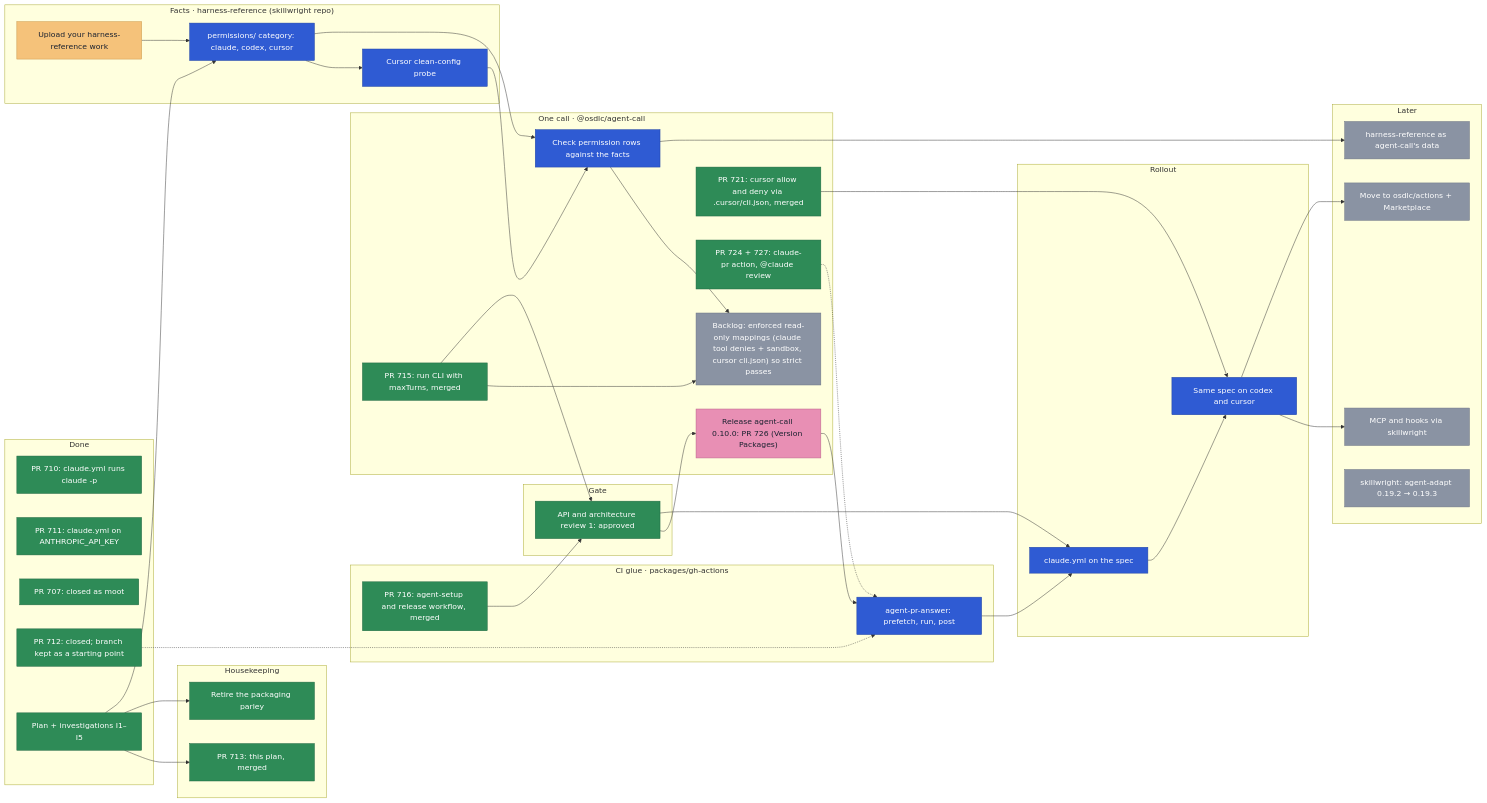
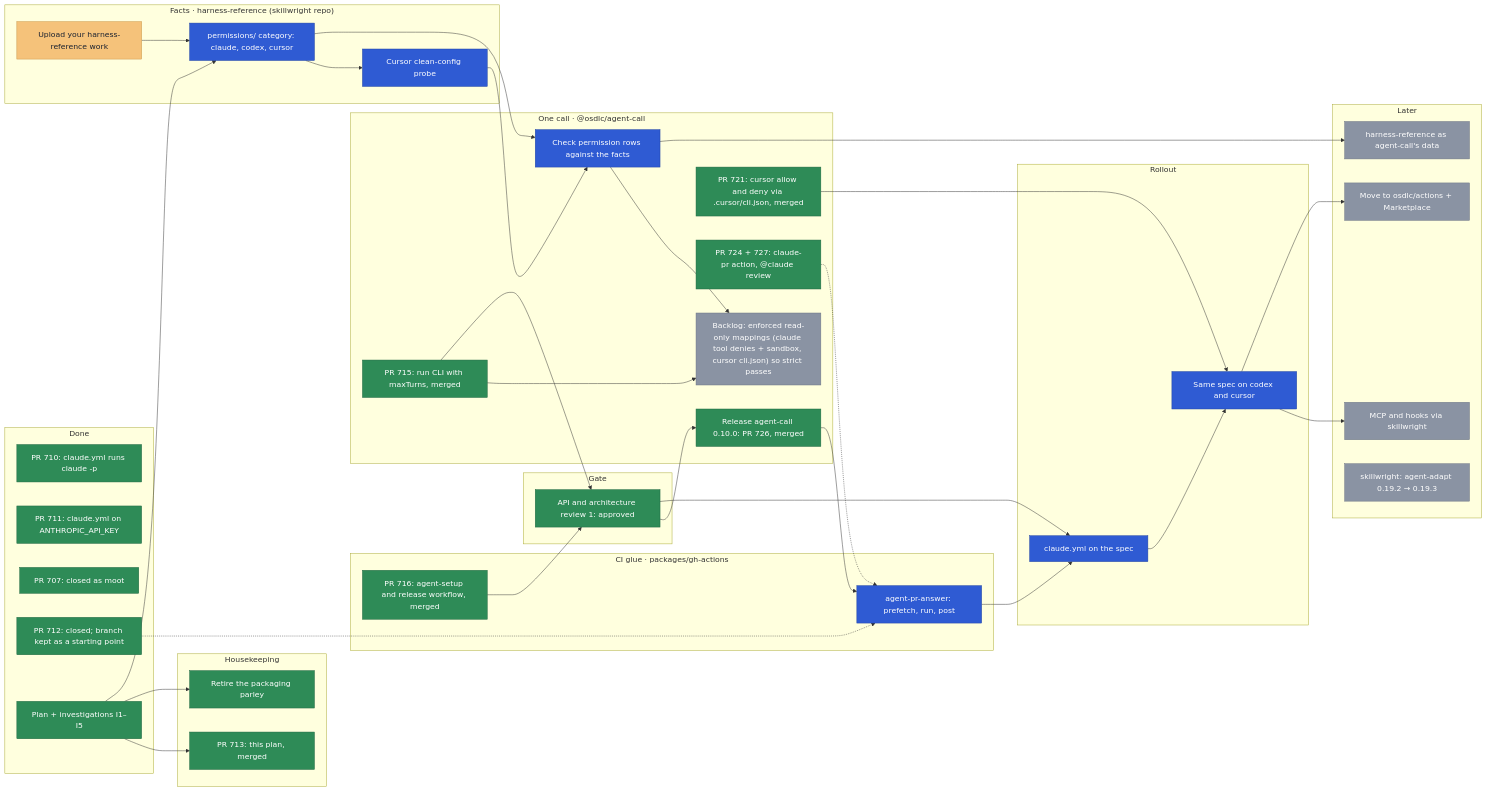
The diagram in docs/planning/agent-ci.md (osdlc/osdlc), drawn with Mermaid before and after one commit. The commit also changed other lines of this file, not shown here.

Commit message:
docs(planning): release PR 726 merged

````diff
--- a/docs/planning/agent-ci.md
+++ b/docs/planning/agent-ci.md
@@ -60,7 +60,7 @@
     STRICT["Backlog: enforced read-only mappings (claude tool denies + sandbox, cursor cli.json) so strict passes"]
     CUR["PR 721: cursor allow and deny via .cursor/cli.json, merged"]
     REV["PR 724 + 727: claude-pr action, @claude review"]
-    REL["Release agent-call 0.10.0: PR 726 (Version Packages)"]
+    REL["Release agent-call 0.10.0: PR 726, merged"]
   end
   subgraph gate["Gate"]
     ARCH["API and architecture review 1: approved"]
@@ -117,7 +117,7 @@
   class SETUP done
   class REV done
   class PERM,PROBE,CHECK,ANS,SPEC,MULTI next
-  class REL external
+  class REL done
   class CUR done
   class MCP,PUB,DATA,PIN,STRICT later
 ```
````
